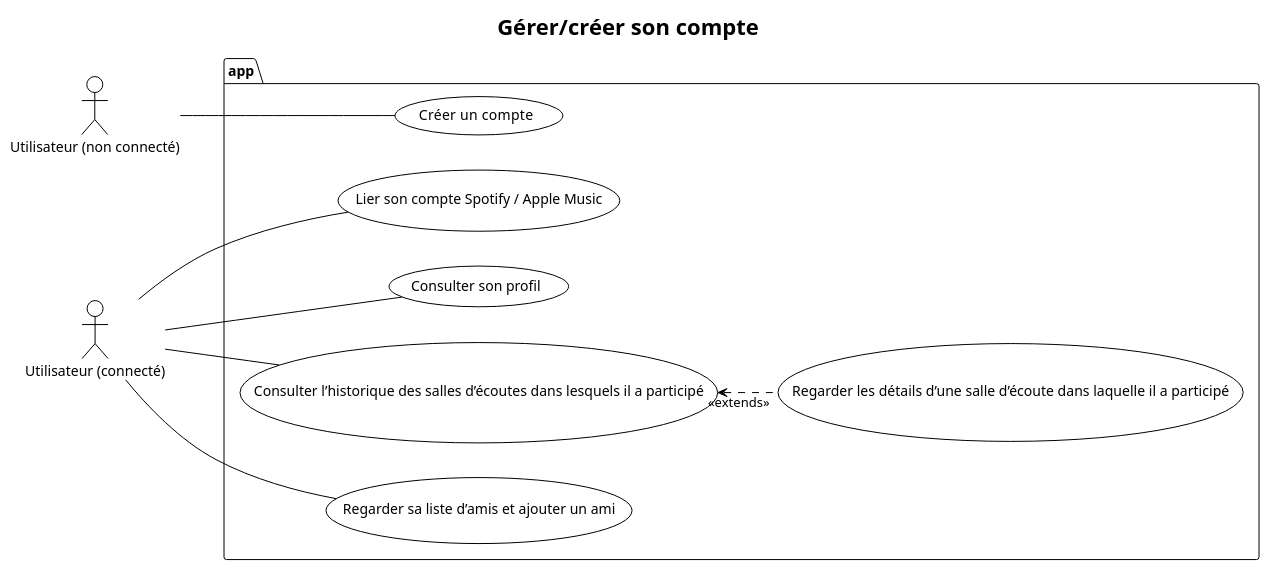
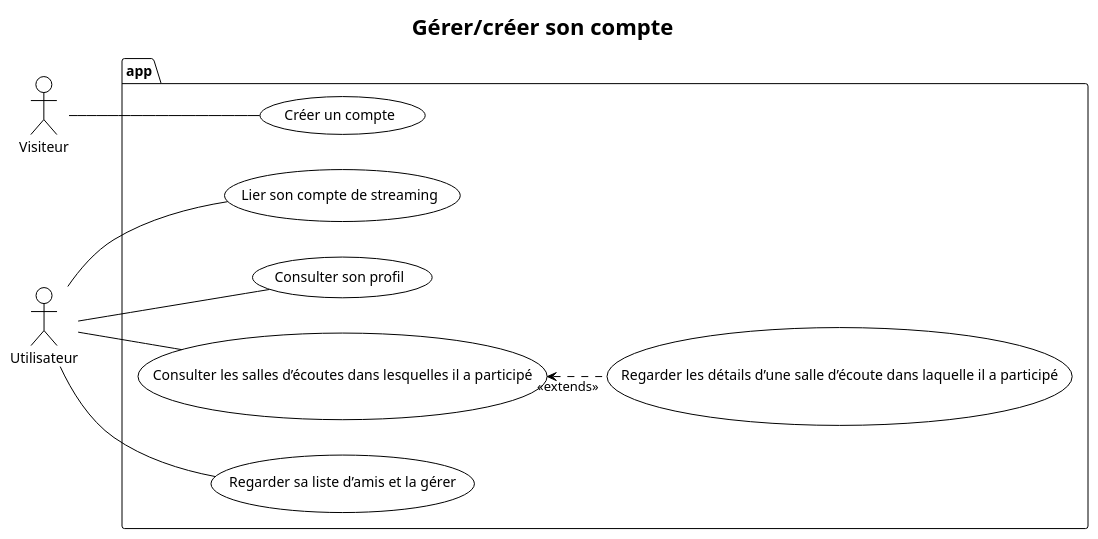
Before and after one commit to datsmysong/app: the diagram in Document du projet/Etude préalable/Diagrammes/Diagrammes de cas d'utilisation/DiagCUAccount.puml, drawn with PlantUML. The commit also changed 3 other files, not shown here.

Commit message:
feat: enhanced use case diagrams by fixing some issues and making use cases clearer

```diff
--- a/Document du projet/Etude préalable/Diagrammes/Diagrammes de cas d'utilisation/DiagCUAccount.puml
+++ b/Document du projet/Etude préalable/Diagrammes/Diagrammes de cas d'utilisation/DiagCUAccount.puml
@@ -1,27 +1,28 @@
 @startuml
 !theme plain
 left to right direction
 
 title Gérer/créer son compte
 
-:Utilisateur (non connecté): as UNC
-:Utilisateur (connecté): as UC
+:Visiteur: as V
+:Utilisateur: as U
 
 package app{
 
-  usecase (Lier son compte Spotify / Apple Music) as LIER
-  usecase (Consulter son profil) as PROFIL
-  usecase (Créer un  compte) as ACCOUNT
-  usecase (Regarder sa liste d’amis et ajouter un ami) as FRIENDSLIST
-  usecase (Consulter l’historique des salles d’écoutes dans lesquels il a participé) as HISTORY
-  usecase (Regarder les détails d’une salle d’écoute dans laquelle il a participé) as DETAILS
+  usecase (Lier son compte de streaming) as LINK_STREAMING_ACCOUNT
+  usecase (Consulter son profil) as VIEW_PROFILE
+  usecase (Créer un compte) as CREATE_ACCOUNT
+  usecase (Regarder sa liste d’amis et la gérer) as FRIENDS
+  usecase (Consulter les salles d’écoutes dans lesquelles il a participé) as HISTORY
+  usecase (Regarder les détails d’une salle d’écoute dans laquelle il a participé) as HISTORY_DETAILS
 }
 
-UNC -- ACCOUNT
+V -- CREATE_ACCOUNT
 
-UC -- PROFIL
-UC -- FRIENDSLIST
-UC -- LIER
-UC -- HISTORY
-HISTORY <.. "<<extends>>" DETAILS
+U -- VIEW_PROFILE
+U -- FRIENDS
+U -- LINK_STREAMING_ACCOUNT
+U -- HISTORY
+
+HISTORY <.. "<<extends>>" HISTORY_DETAILS
 @enduml
```
